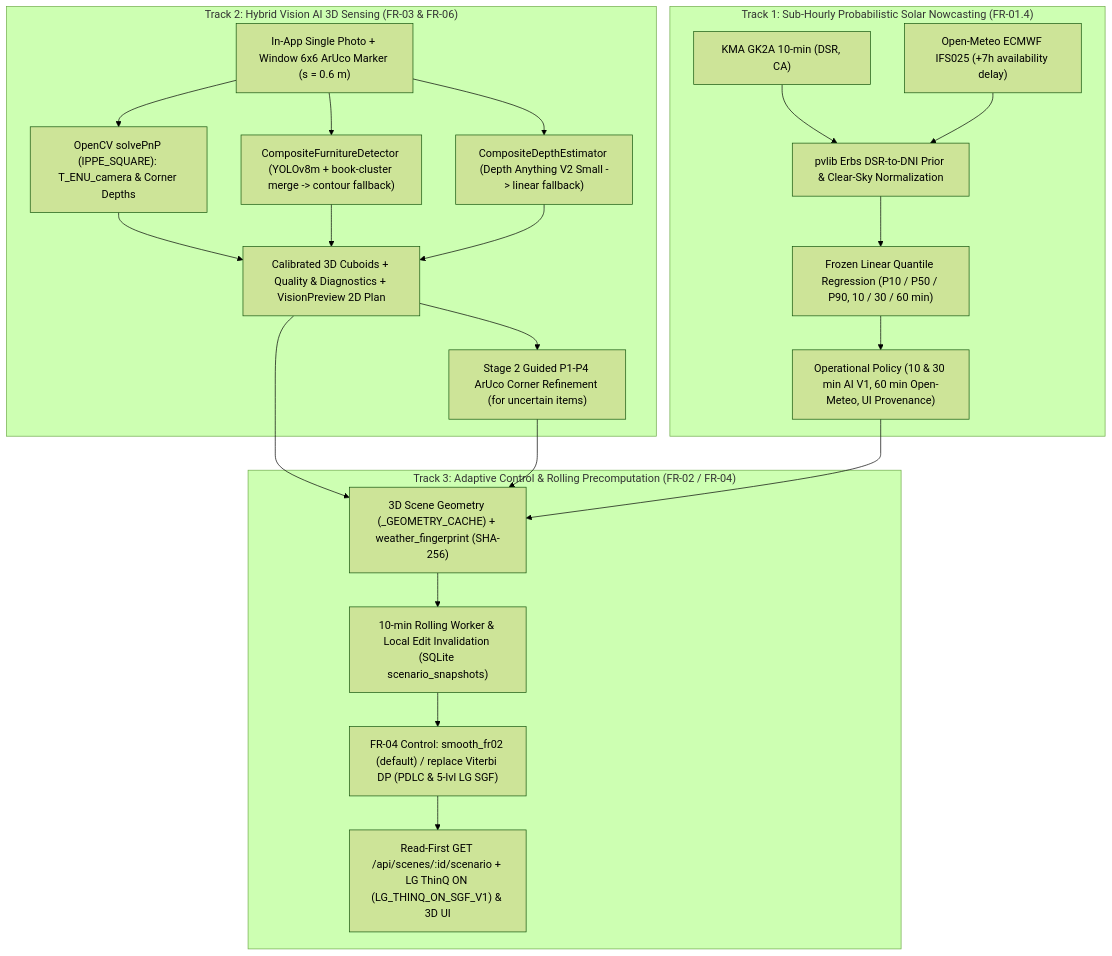
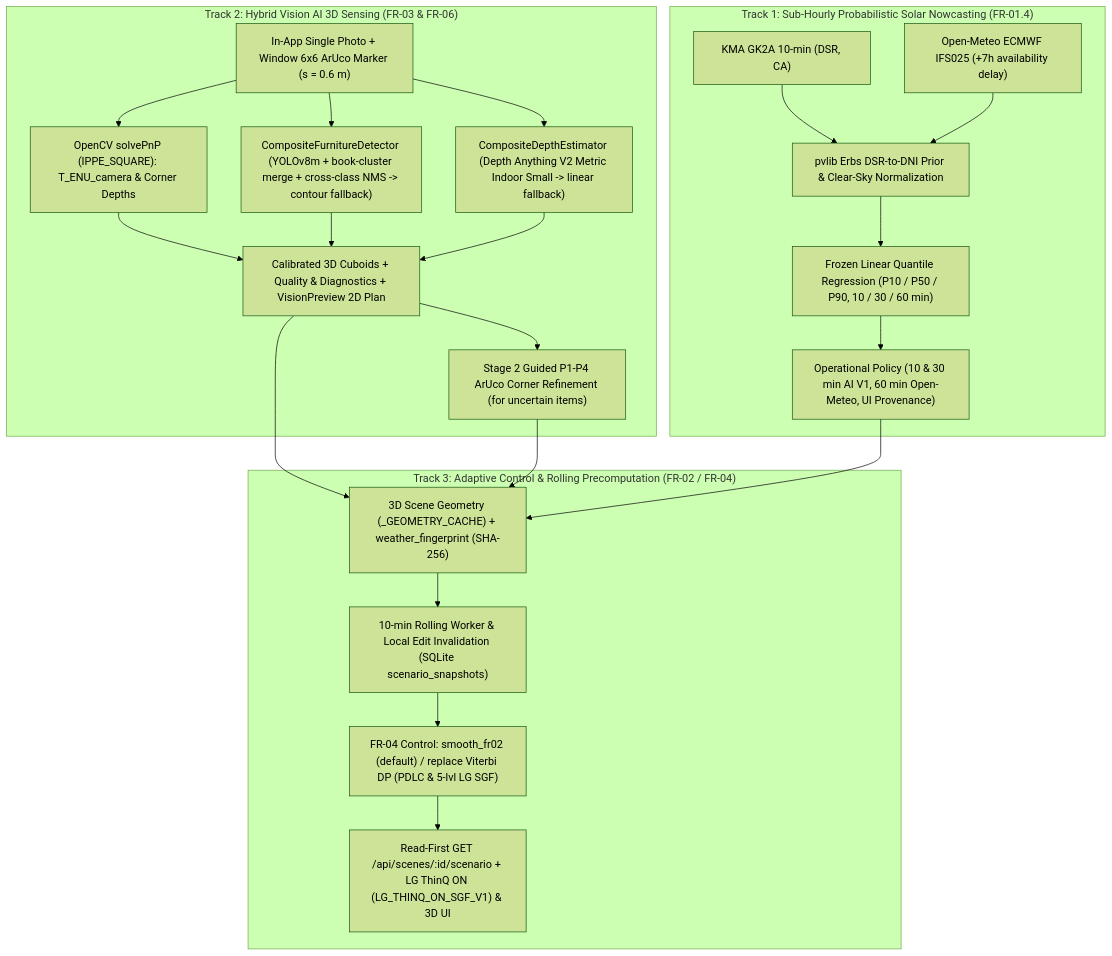
The first of 4 diagrams in docs/ai_applications/blog_proposal.md (hing9-9-9/SunSync), drawn with Mermaid (forest theme) before and after one commit. The commit also changed other lines of this file and 9 other files, not shown here.

Commit message:
fix(vision): switch default depth to Metric-Indoor-Small-hf, add cross-class NMS and local visualizer

````diff
--- a/docs/ai_applications/blog_proposal.md
+++ b/docs/ai_applications/blog_proposal.md
@@ -115,44 +115,44 @@
 ```mermaid
 flowchart TD
     subgraph T2["Track 2: Hybrid Vision AI 3D Sensing (FR-03 & FR-06)"]
         P["In-App Single Photo + Window 6x6 ArUco Marker (s = 0.6 m)"]
         POSE["OpenCV solvePnP (IPPE_SQUARE): T_ENU_camera & Corner Depths"]
-        DET["CompositeFurnitureDetector (YOLOv8m + book-cluster merge -> contour fallback)"]
-        DEP["CompositeDepthEstimator (Depth Anything V2 Small -> linear fallback)"]
+        DET["CompositeFurnitureDetector (YOLOv8m + book-cluster merge + cross-class NMS -> contour fallback)"]
+        DEP["CompositeDepthEstimator (Depth Anything V2 Metric Indoor Small -> linear fallback)"]
         CUB["Calibrated 3D Cuboids + Quality & Diagnostics + VisionPreview 2D Plan"]
         ARUCO["Stage 2 Guided P1-P4 ArUco Corner Refinement (for uncertain items)"]
         P --> POSE
         P --> DET
         P --> DEP
         POSE --> CUB
         DET --> CUB
         DEP --> CUB
         CUB --> ARUCO
     end
 
     subgraph T1["Track 1: Sub-Hourly Probabilistic Solar Nowcasting (FR-01.4)"]
         KMA["KMA GK2A 10-min (DSR, CA)"]
         OM["Open-Meteo ECMWF IFS025 (+7h availability delay)"]
         NORM["pvlib Erbs DSR-to-DNI Prior & Clear-Sky Normalization"]
         LQR["Frozen Linear Quantile Regression (P10 / P50 / P90, 10 / 30 / 60 min)"]
         POL["Operational Policy (10 & 30 min AI V1, 60 min Open-Meteo, UI Provenance)"]
         KMA --> NORM
         OM --> NORM
         NORM --> LQR
         LQR --> POL
     end
 
     subgraph T3["Track 3: Adaptive Control & Rolling Precomputation (FR-02 / FR-04)"]
         SCENE["3D Scene Geometry (_GEOMETRY_CACHE) + weather_fingerprint (SHA-256)"]
         SNAP["10-min Rolling Worker & Local Edit Invalidation (SQLite scenario_snapshots)"]
         CTRL["FR-04 Control: smooth_fr02 (default) / replace Viterbi DP (PDLC & 5-lvl LG SGF)"]
         OUT["Read-First GET /api/scenes/:id/scenario + LG ThinQ ON (LG_THINQ_ON_SGF_V1) & 3D UI"]
         SCENE --> SNAP
         SNAP --> CTRL
         CTRL --> OUT
     end
 
     CUB --> SCENE
     ARUCO --> SCENE
     POL --> SCENE
 ```
````
